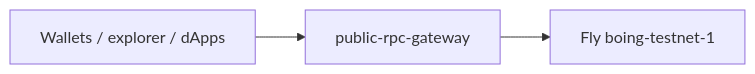
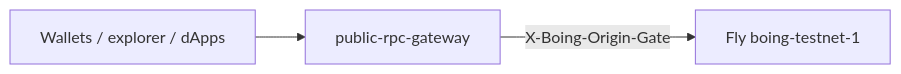
One commit to Boing-Network/boing.network changed the diagram in docs/FLY-IO.md. Above: the diagram before and after it, drawn with Mermaid. The commit also changed other lines of this file and 3 other files, not shown here.

First line of the commit message:
docs: align Fly/RPC guides with single-hop origin gate (#176)

````diff
--- a/docs/FLY-IO.md
+++ b/docs/FLY-IO.md
@@ -11,5 +11,5 @@
 ```mermaid
 flowchart LR
   Client[Wallets / explorer / dApps] --> GW[public-rpc-gateway]
-  GW --> F1[Fly boing-testnet-1]
+  GW -->|"X-Boing-Origin-Gate"| F1[Fly boing-testnet-1]
 ```
````
